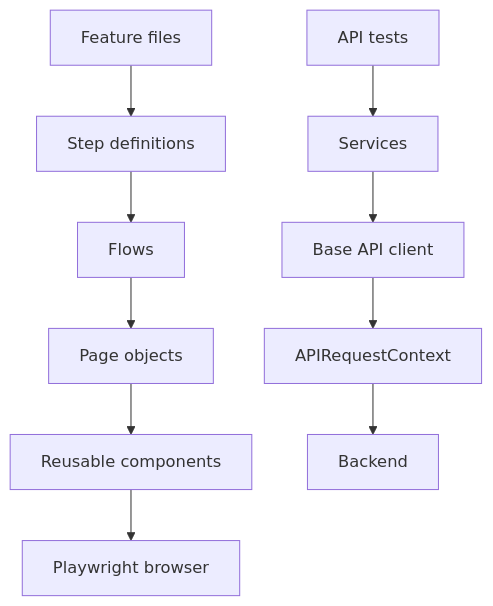
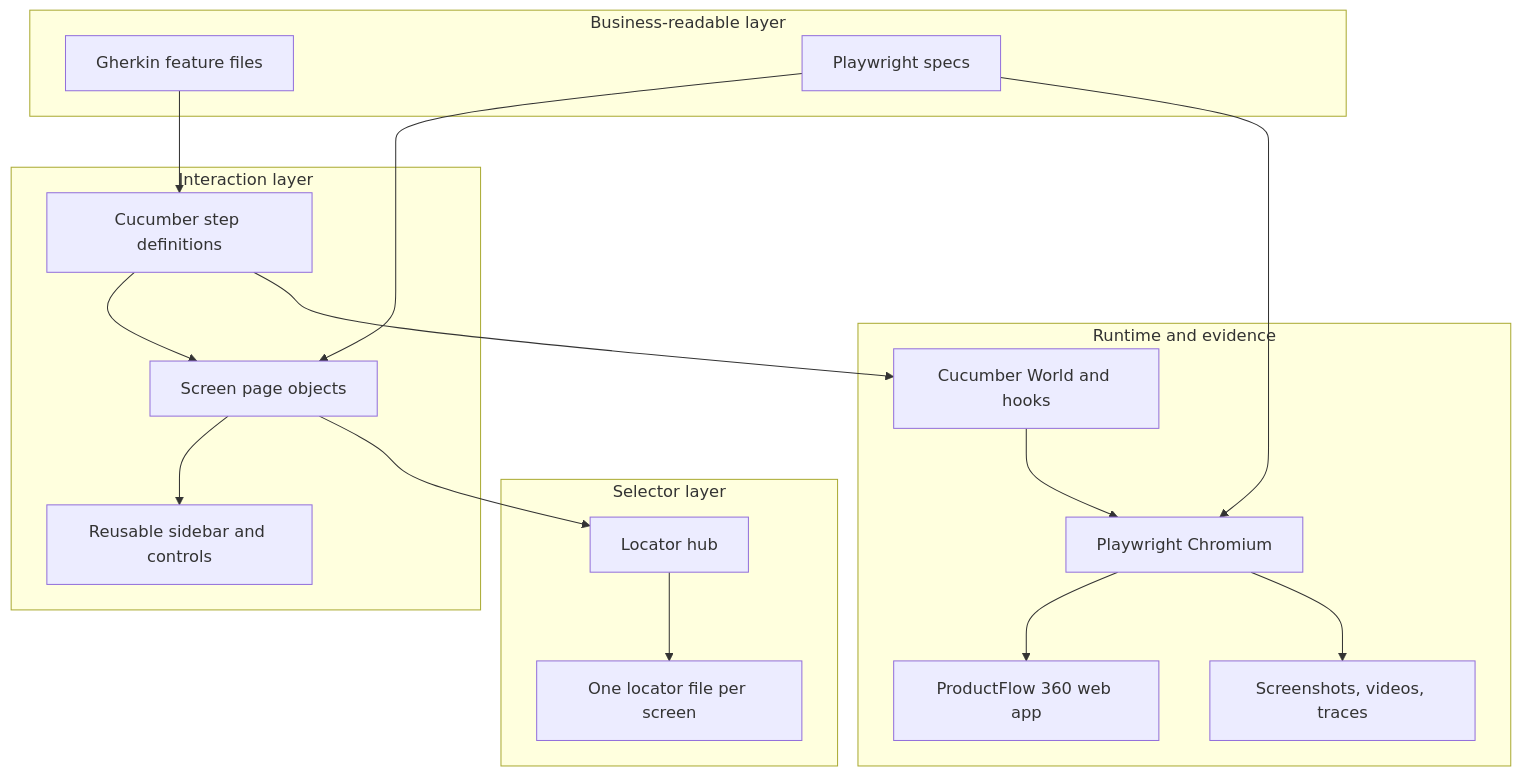
The first of 7 diagrams in playwright/docs/AUTOMATION_ARCHITECTURE.md (haroondhanyal/Product_Flow_360), drawn with Mermaid before and after one commit. The commit also changed other lines of this file and 81 other files, not shown here.

````diff
--- a/playwright/docs/AUTOMATION_ARCHITECTURE.md
+++ b/playwright/docs/AUTOMATION_ARCHITECTURE.md
@@ -5,9 +7,29 @@
 ```mermaid
 flowchart TD
-  G[Feature files] --> SD[Step definitions]
-  SD --> FL[Flows]
-  FL --> PO[Page objects]
-  PO --> CO[Reusable components]
-  CO --> BR[Playwright browser]
-  T[API tests] --> SV[Services] --> CL[Base API client] --> AR[APIRequestContext] --> BE[Backend]
+  subgraph Business[Business-readable layer]
+    Features[Gherkin feature files]
+    Specs[Playwright specs]
+  end
+  subgraph Actions[Interaction layer]
+    Steps[Cucumber step definitions]
+    Pages[Screen page objects]
+    Components[Reusable sidebar and controls]
+  end
+  subgraph Selectors[Selector layer]
+    Hub[Locator hub]
+    ScreenLocators[One locator file per screen]
+  end
+  subgraph Runtime[Runtime and evidence]
+    World[Cucumber World and hooks]
+    Browser[Playwright Chromium]
+    App[ProductFlow 360 web app]
+    Evidence[Screenshots, videos, traces]
+  end
+  Features --> Steps --> Pages
+  Specs --> Pages
+  Pages --> Components
+  Pages --> Hub --> ScreenLocators
+  Steps --> World --> Browser
+  Specs --> Browser --> App
+  Browser --> Evidence
 ```
````
